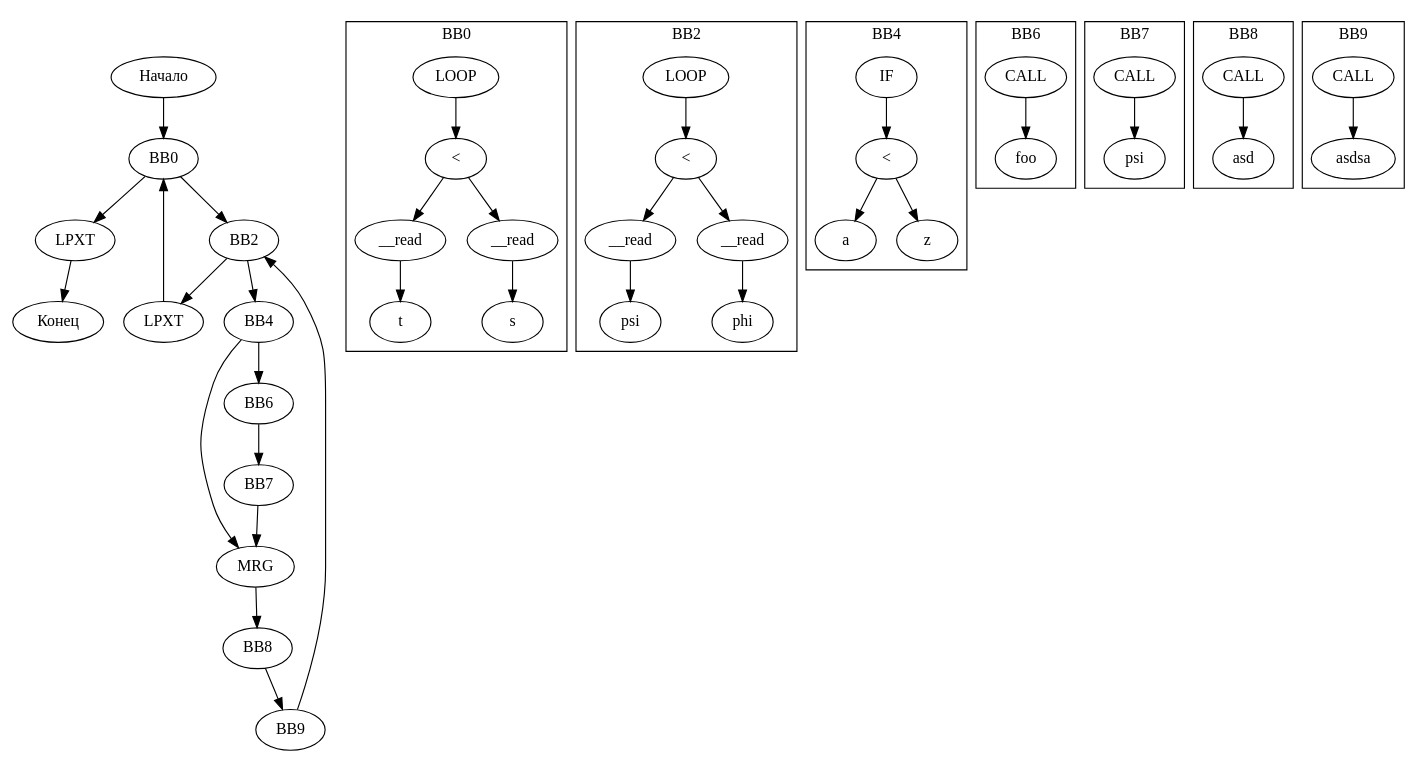
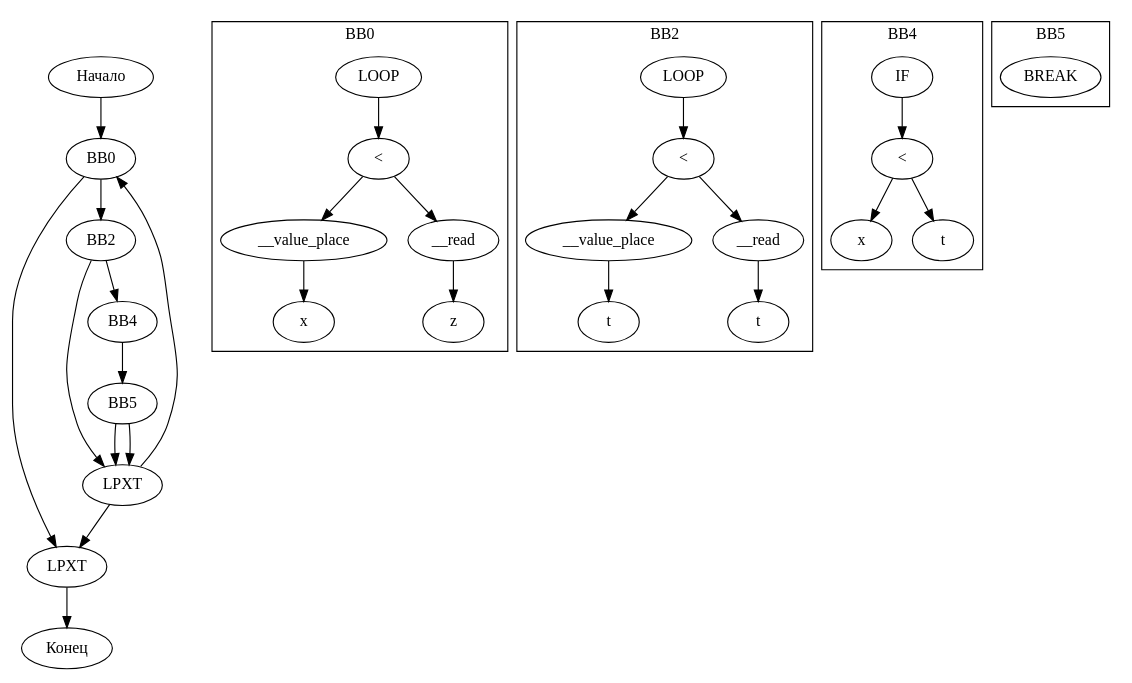
The diagram in Lab-2/output/prog-1/main-cfg.dot (popov-p/itmo-spo-2024), drawn with Graphviz before and after one commit. The commit also changed 43 other files, not shown here.

```diff
--- a/Lab-2/output/prog-1/main-cfg.dot
+++ b/Lab-2/output/prog-1/main-cfg.dot
@@ -1,91 +1,64 @@
 digraph G {
     rankdir=TB;
     start [label="Начало"];
     end [label="Конец"];
     node0 [label="BB0"];
     node1 [label="LPXT"];
     node2 [label="BB2"];
     node3 [label="LPXT"];
     node4 [label="BB4"];
-    node5 [label="MRG"];
-    node6 [label="BB6"];
-    node7 [label="BB7"];
-    node8 [label="BB8"];
-    node9 [label="BB9"];
+    node5 [label="BB5"];
+    node0 -> node1;
     node0 -> node2;
-    node0 -> node1;
+    node2 -> node3;
     node2 -> node4;
-    node2 -> node3;
     node3 -> node0;
-    node4 -> node6;
+    node3 -> node1;
     node4 -> node5;
-    node5 -> node8;
-    node6 -> node7;
-    node7 -> node5;
-    node8 -> node9;
-    node9 -> node2;
+    node5 -> node3;
+    node5 -> node3;
     start -> node0;
     node1 -> end;
 subgraph cluster_0 {
     label="BB0";
-    cluster_0_node419393640 [label="LOOP"];
-    cluster_0_node419368056 [label="<"];
-    cluster_0_node2035558728 [label="__read"];
-    cluster_0_node419368368 [label="t"];
-    cluster_0_node176074848 [label="__read"];
-    cluster_0_node419368992 [label="s"];
-    cluster_0_node419393640 -> cluster_0_node419368056;
-    cluster_0_node419368056 -> cluster_0_node2035558728;
-    cluster_0_node2035558728 -> cluster_0_node419368368;
-    cluster_0_node419368056 -> cluster_0_node176074848;
-    cluster_0_node176074848 -> cluster_0_node419368992;
+    cluster_0_node4264525072 [label="LOOP"];
+    cluster_0_node4264508536 [label="<"];
+    cluster_0_node1551011779 [label="__value_place"];
+    cluster_0_node4264508848 [label="x"];
+    cluster_0_node2709608508 [label="__read"];
+    cluster_0_node4264509472 [label="z"];
+    cluster_0_node4264525072 -> cluster_0_node4264508536;
+    cluster_0_node4264508536 -> cluster_0_node1551011779;
+    cluster_0_node1551011779 -> cluster_0_node4264508848;
+    cluster_0_node4264508536 -> cluster_0_node2709608508;
+    cluster_0_node2709608508 -> cluster_0_node4264509472;
 }
 subgraph cluster_2 {
     label="BB2";
-    cluster_2_node419393952 [label="LOOP"];
-    cluster_2_node419369928 [label="<"];
-    cluster_2_node375275894 [label="__read"];
-    cluster_2_node419370240 [label="psi"];
-    cluster_2_node2572758246 [label="__read"];
-    cluster_2_node419370864 [label="phi"];
-    cluster_2_node419393952 -> cluster_2_node419369928;
-    cluster_2_node419369928 -> cluster_2_node375275894;
-    cluster_2_node375275894 -> cluster_2_node419370240;
-    cluster_2_node419369928 -> cluster_2_node2572758246;
-    cluster_2_node2572758246 -> cluster_2_node419370864;
+    cluster_2_node4264525384 [label="LOOP"];
+    cluster_2_node4264510408 [label="<"];
+    cluster_2_node1805883334 [label="__value_place"];
+    cluster_2_node4264510720 [label="t"];
+    cluster_2_node2760685667 [label="__read"];
+    cluster_2_node4264511344 [label="t"];
+    cluster_2_node4264525384 -> cluster_2_node4264510408;
+    cluster_2_node4264510408 -> cluster_2_node1805883334;
+    cluster_2_node1805883334 -> cluster_2_node4264510720;
+    cluster_2_node4264510408 -> cluster_2_node2760685667;
+    cluster_2_node2760685667 -> cluster_2_node4264511344;
 }
 subgraph cluster_4 {
     label="BB4";
-    cluster_4_node419388024 [label="IF"];
-    cluster_4_node419371800 [label="<"];
-    cluster_4_node419372112 [label="a"];
-    cluster_4_node419372736 [label="z"];
-    cluster_4_node419388024 -> cluster_4_node419371800;
-    cluster_4_node419371800 -> cluster_4_node419372112;
-    cluster_4_node419371800 -> cluster_4_node419372736;
+    cluster_4_node4264522264 [label="IF"];
+    cluster_4_node4264512280 [label="<"];
+    cluster_4_node4264512592 [label="x"];
+    cluster_4_node4264513216 [label="t"];
+    cluster_4_node4264522264 -> cluster_4_node4264512280;
+    cluster_4_node4264512280 -> cluster_4_node4264512592;
+    cluster_4_node4264512280 -> cluster_4_node4264513216;
 }
-subgraph cluster_6 {
-    label="BB6";
-    cluster_6_node419386464 [label="CALL"];
-    cluster_6_node419386152 [label="foo"];
-    cluster_6_node419386464 -> cluster_6_node419386152;
-}
-subgraph cluster_7 {
-    label="BB7";
-    cluster_7_node419389272 [label="CALL"];
-    cluster_7_node419388960 [label="psi"];
-    cluster_7_node419389272 -> cluster_7_node419388960;
-}
-subgraph cluster_8 {
-    label="BB8";
-    cluster_8_node419392392 [label="CALL"];
-    cluster_8_node419392080 [label="asd"];
-    cluster_8_node419392392 -> cluster_8_node419392080;
-}
-subgraph cluster_9 {
-    label="BB9";
-    cluster_9_node419395200 [label="CALL"];
-    cluster_9_node419394888 [label="asdsa"];
-    cluster_9_node419395200 -> cluster_9_node419394888;
+subgraph cluster_5 {
+    label="BB5";
+    cluster_5_node4264521016 [label="BREAK"];
 }
 }
```
